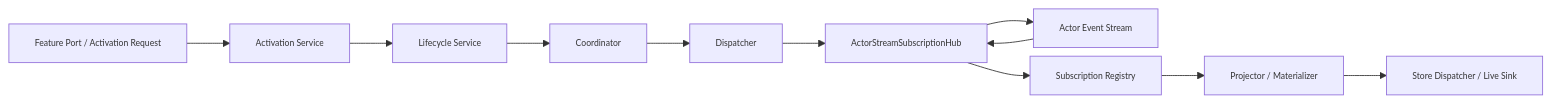
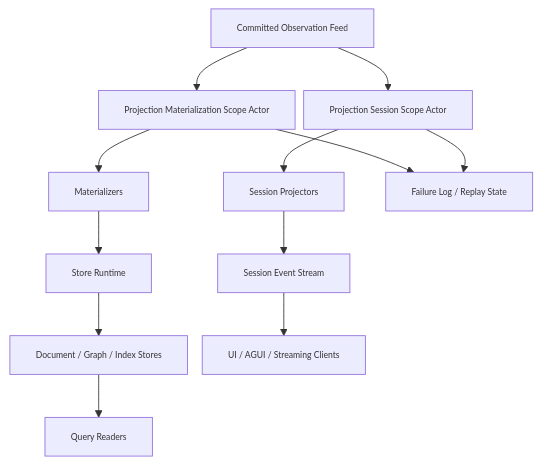
Before and after one commit to aevatarAI/aevatar: the first of 3 diagrams in docs/architecture/2026-03-17-projection-framework-refactor-blueprint.md, drawn with Mermaid. The commit also changed other lines of this file, not shown here.

First line of the commit message:
Refactor Projection Framework Blueprint for Actor-First Architecture

````diff
--- a/docs/architecture/2026-03-17-projection-framework-refactor-blueprint.md
+++ b/docs/architecture/2026-03-17-projection-framework-refactor-blueprint.md
@@ -62,14 +233,15 @@
 ```mermaid
 %%{init: {"maxTextSize": 100000, "flowchart": {"useMaxWidth": false, "nodeSpacing": 10, "rankSpacing": 50}, "themeVariables": {"fontSize": "10px"}}}%%
-flowchart LR
-  A["Feature Port / Activation Request"] --> B["Activation Service"]
-  B --> C["Lifecycle Service"]
-  C --> D["Coordinator"]
-  D --> E["Dispatcher"]
-  E --> F["ActorStreamSubscriptionHub"]
-  F --> G["Actor Event Stream"]
-  G --> F
-  F --> H["Subscription Registry"]
-  H --> I["Projector / Materializer"]
-  I --> J["Store Dispatcher / Live Sink"]
+flowchart TB
+  A["Committed Observation Feed"] --> B["Projection Materialization Scope Actor"]
+  A --> C["Projection Session Scope Actor"]
+  B --> D["Materializers"]
+  D --> E["Store Runtime"]
+  E --> F["Document / Graph / Index Stores"]
+  C --> G["Session Projectors"]
+  G --> H["Session Event Stream"]
+  H --> I["UI / AGUI / Streaming Clients"]
+  B --> J["Failure Log / Replay State"]
+  C --> J
+  F --> K["Query Readers"]
 ```
````
